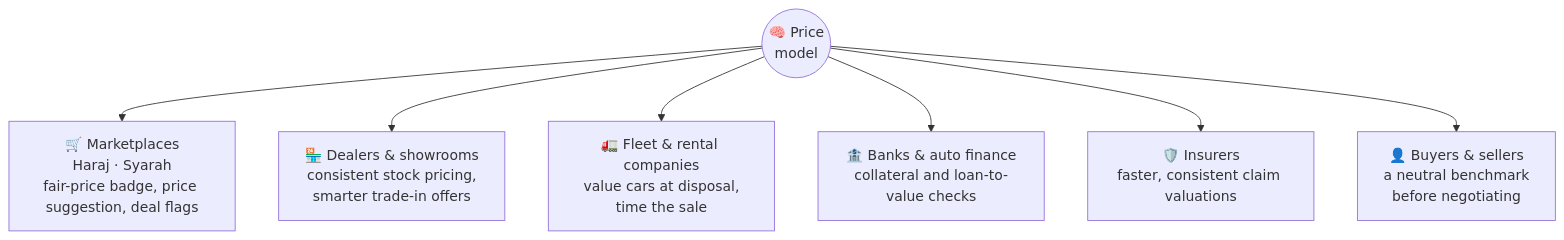
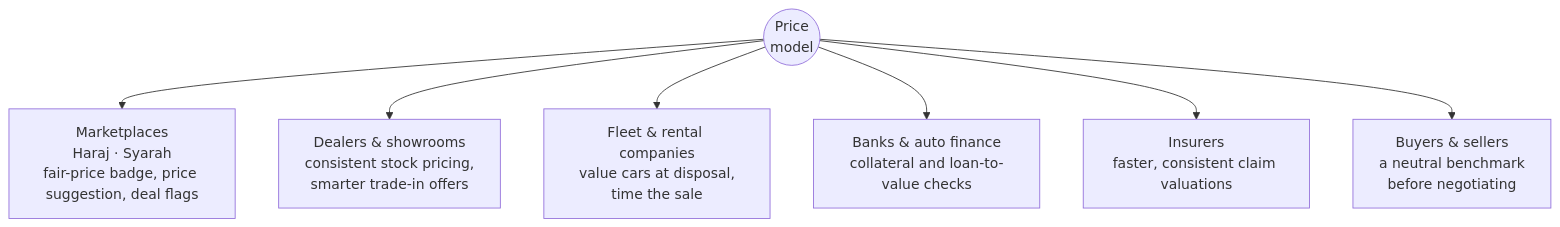
Before and after one commit to almanea00/saudi-used-car-price-prediction: the second of 3 diagrams in README.md, drawn with Mermaid. The commit also changed other lines of this file, not shown here.

Commit message:
Remove emoji icons from diagrams

````diff
--- a/README.md
+++ b/README.md
@@ -54,10 +54,10 @@
 ```mermaid
 flowchart TD
-    M(("🧠 Price<br/>model"))
-    M --> A["🛒 Marketplaces<br/>Haraj · Syarah<br/>fair-price badge, price suggestion, deal flags"]
-    M --> B["🏪 Dealers & showrooms<br/>consistent stock pricing,<br/>smarter trade-in offers"]
-    M --> C["🚛 Fleet & rental companies<br/>value cars at disposal,<br/>time the sale"]
-    M --> D["🏦 Banks & auto finance<br/>collateral and loan-to-value checks"]
-    M --> E["🛡️ Insurers<br/>faster, consistent claim valuations"]
-    M --> F["👤 Buyers & sellers<br/>a neutral benchmark<br/>before negotiating"]
+    M(("Price<br/>model"))
+    M --> A["Marketplaces<br/>Haraj · Syarah<br/>fair-price badge, price suggestion, deal flags"]
+    M --> B["Dealers & showrooms<br/>consistent stock pricing,<br/>smarter trade-in offers"]
+    M --> C["Fleet & rental companies<br/>value cars at disposal,<br/>time the sale"]
+    M --> D["Banks & auto finance<br/>collateral and loan-to-value checks"]
+    M --> E["Insurers<br/>faster, consistent claim valuations"]
+    M --> F["Buyers & sellers<br/>a neutral benchmark<br/>before negotiating"]
 ```
````
